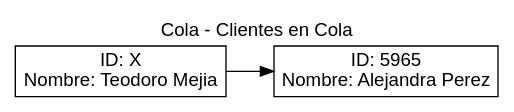
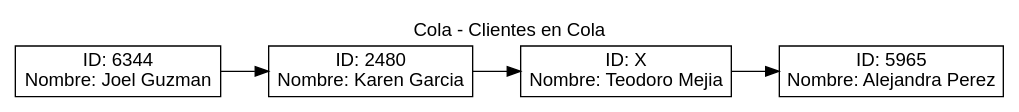
Before and after one commit to brandonT2002/EDD_VJ1S2023_PY_202112030: the diagram in Reportes/Cola.dot, drawn with Graphviz. The commit also changed 10 other files, not shown here.

```diff
--- a/Reportes/Cola.dot
+++ b/Reportes/Cola.dot
@@ -1,10 +1,12 @@
 digraph G {
 fontname="Arial"
 label="Cola - Clientes en Cola"
 labelloc = t
 rankdir=LR;
 node[shape="box" fontname="Arial"];
-nodo_0 [label="ID: X\nNombre: Teodoro Mejia"];
-nodo_1 [label="ID: 5965\nNombre: Alejandra Perez"];
-nodo_0 -> nodo_1;
+nodo_0 [label="ID: 6344\nNombre: Joel Guzman"];
+nodo_1 [label="ID: 2480\nNombre: Karen Garcia"];
+nodo_2 [label="ID: X\nNombre: Teodoro Mejia"];
+nodo_3 [label="ID: 5965\nNombre: Alejandra Perez"];
+nodo_0 -> nodo_1 -> nodo_2 -> nodo_3;
 }
```
